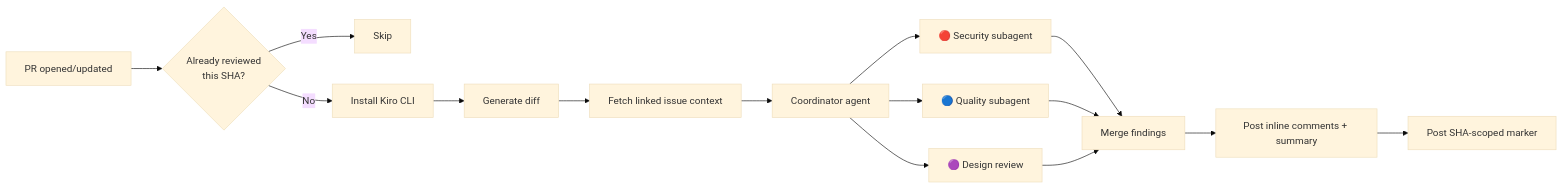
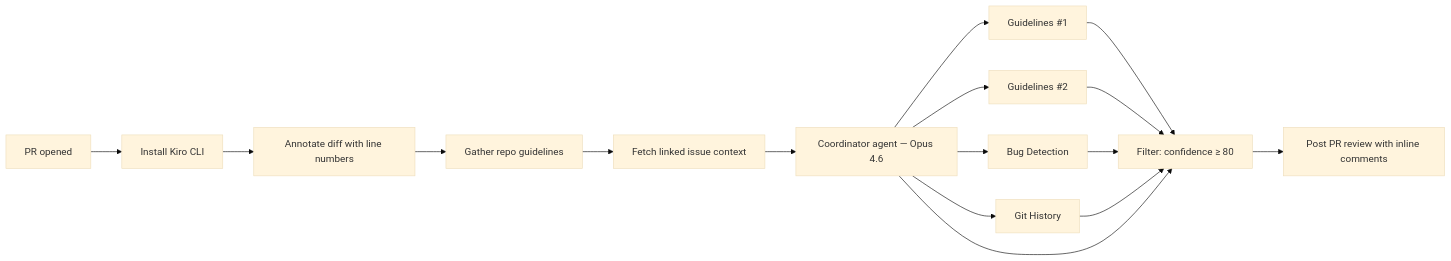
One commit to kyleseaman/kiro-code-reviews changed the diagram in README.md. Above: the diagram before and after it, drawn with Mermaid (base theme). The commit also changed other lines of this file and 2 other files, not shown here.

First line of the commit message:
fix: address all 5 review findings

````diff
--- a/README.md
+++ b/README.md
@@ -12,17 +12,18 @@
 ```mermaid
 flowchart LR
-    A[PR opened/updated] --> B{Already reviewed\nthis SHA?}
-    B -- Yes --> C[Skip]
-    B -- No --> D[Install Kiro CLI]
-    D --> E[Generate diff]
-    E --> E2[Fetch linked issue context]
-    E2 --> F[Coordinator agent]
-    F --> G[🔴 Security subagent]
-    F --> H[🔵 Quality subagent]
-    F --> F2[🟣 Design review]
-    G --> I[Merge findings]
-    H --> I
-    F2 --> I
-    I --> J[Post inline comments + summary]
-    J --> K[Post SHA-scoped marker]
+    A[PR opened] --> B[Install Kiro CLI]
+    B --> C[Annotate diff with line numbers]
+    C --> D[Gather repo guidelines]
+    D --> E[Fetch linked issue context]
+    E --> F[Coordinator agent — Opus 4.6]
+    F --> G[Guidelines #1]
+    F --> H[Guidelines #2]
+    F --> I[Bug Detection]
+    F --> J[Git History]
+    G --> K[Filter: confidence ≥ 80]
+    H --> K
+    I --> K
+    J --> K
+    F --> K
+    K --> L[Post PR review with inline comments]
 ```
````
